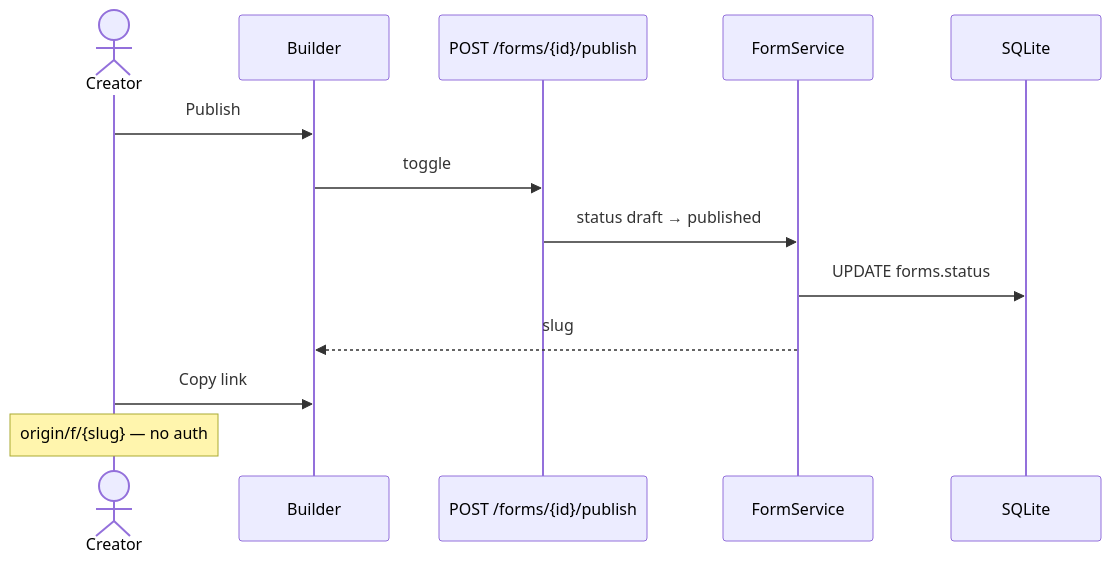
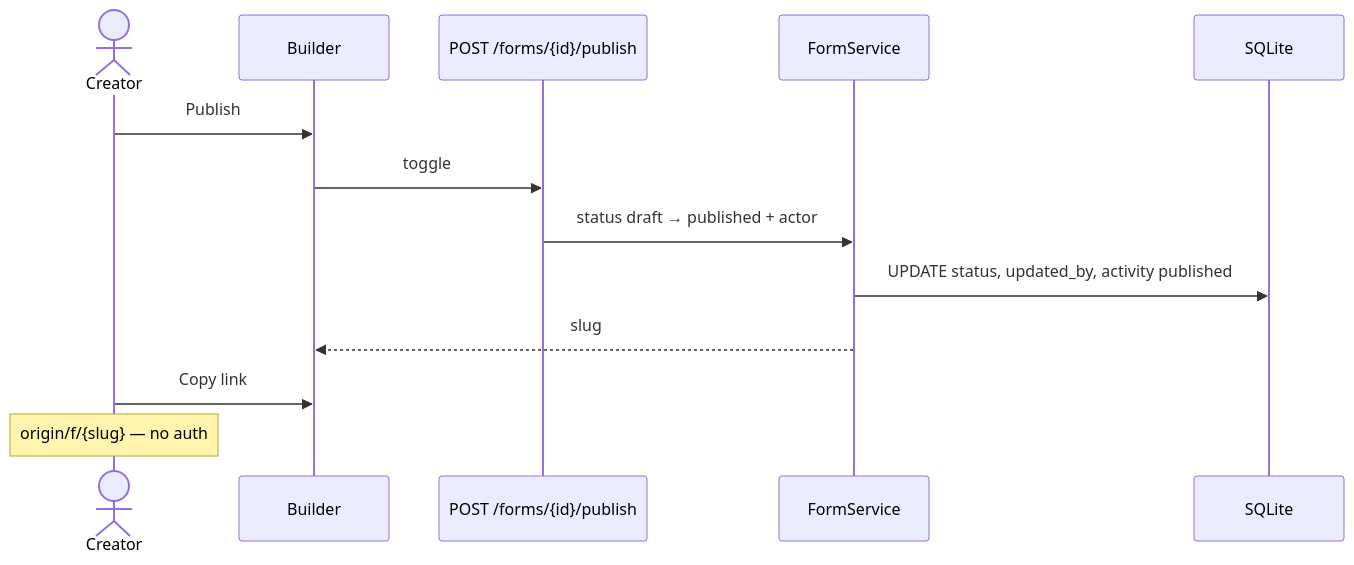
Before and after one commit to ruthwikkakumani/formly: the third of 5 diagrams in docs/diagrams/sequence.md, drawn with Mermaid. The commit also changed other lines of this file and 11 other files, not shown here.

First line of the commit message:
docs: sync LLD and UML with live presence and activity history

````diff
--- a/docs/diagrams/sequence.md
+++ b/docs/diagrams/sequence.md
@@ -30,16 +59,16 @@
 ```mermaid
 sequenceDiagram
   actor Creator
   participant Builder
   participant API as POST /forms/{id}/publish
   participant Svc as FormService
   participant DB as SQLite
 
   Creator->>Builder: Publish
   Builder->>API: toggle
-  API->>Svc: status draft → published
-  Svc->>DB: UPDATE forms.status
+  API->>Svc: status draft → published + actor
+  Svc->>DB: UPDATE status, updated_by, activity published
   Svc-->>Builder: slug
   Creator->>Builder: Copy link
   Note over Creator: origin/f/{slug} — no auth
 ```
````
